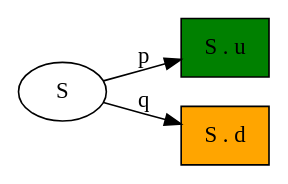
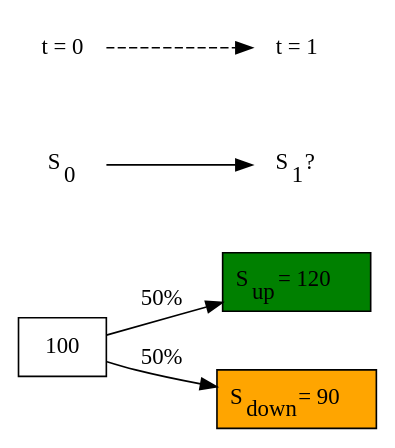
One commit to RedRise/lect_options_and_mm changed the diagram in data/graphviz/binomial.dot. Above: the diagram before and after it, drawn with Graphviz. The commit also changed 10 other files, not shown here.

```diff
--- a/data/graphviz/binomial.dot
+++ b/data/graphviz/binomial.dot
@@ -1,11 +1,30 @@
 digraph G {
-  
+
   rankdir=LR;
 
-  S_0 [label="S"];
-  S_up [shape=box, label="S . u", style="filled", fillcolor="green"];
-  S_down [shape=box, label = "S . d", style="filled", fillcolor="orange"];
+  node [shape="none"];
+  S0 [label=<S<sub>0</sub>>]
+  S1 [label=<S<sub>1</sub>?>]
 
-  S_0 -> S_up [label="p"];
-  S_0 -> S_down [label="q"]; 
+  T0 [label="t = 0"]
+  T1 [label="t = 1"]
+  
+  node [shape="box"];
+  S_0 [label=100];
+  S_up [shape=box, label=<S<sub>up</sub> = 120>, style="filled", fillcolor="green"];
+  S_down [shape=box, label = <S<sub>down</sub> = 90>, style="filled",  fillcolor="orange"];
+
+  T0 -> T1 [style="dashed"];
+  S0 -> S1;
+
+  S_0 -> S_up [label="50%"];
+  S_0 -> S_down [label="50%"]; 
+
+  edge[arrowhead=none, color=invis];
+  T0 -> S0;
+  T1 -> S1 -> S_up -> S_down;
+
+  {rank=same; S_up S_down T1 S1}
+  {rank=same; S_0 T0 S0}
+  
 }
```
